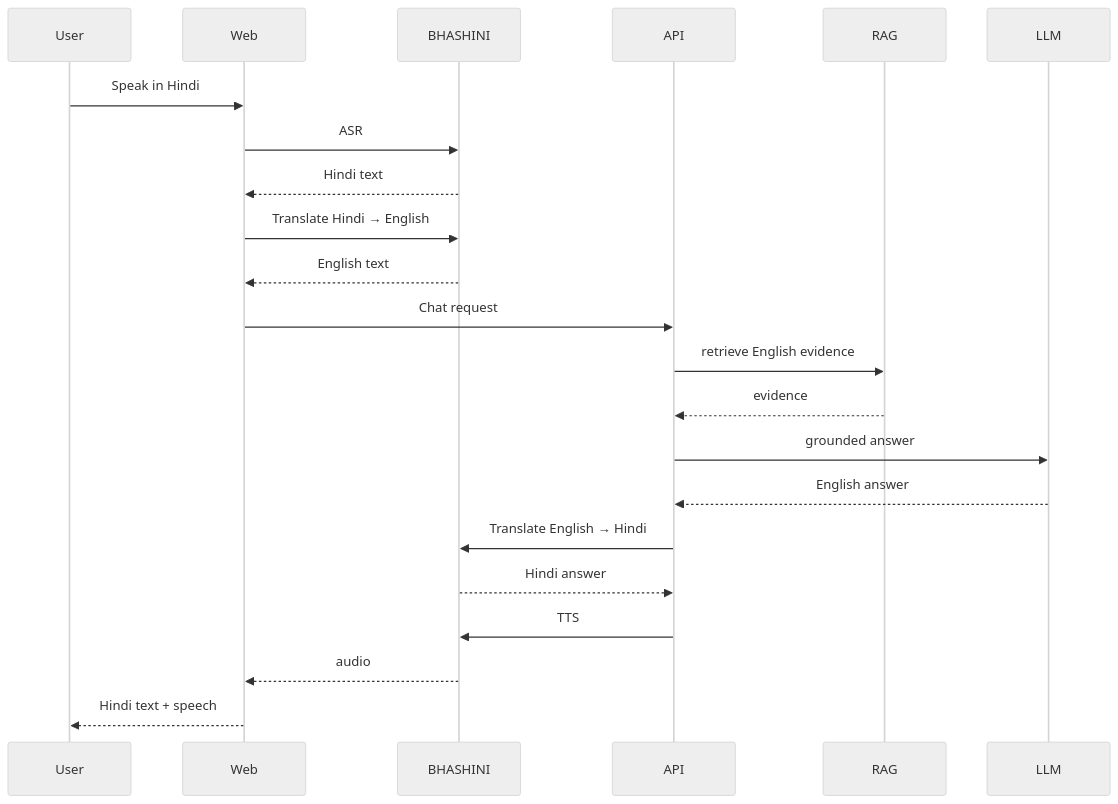
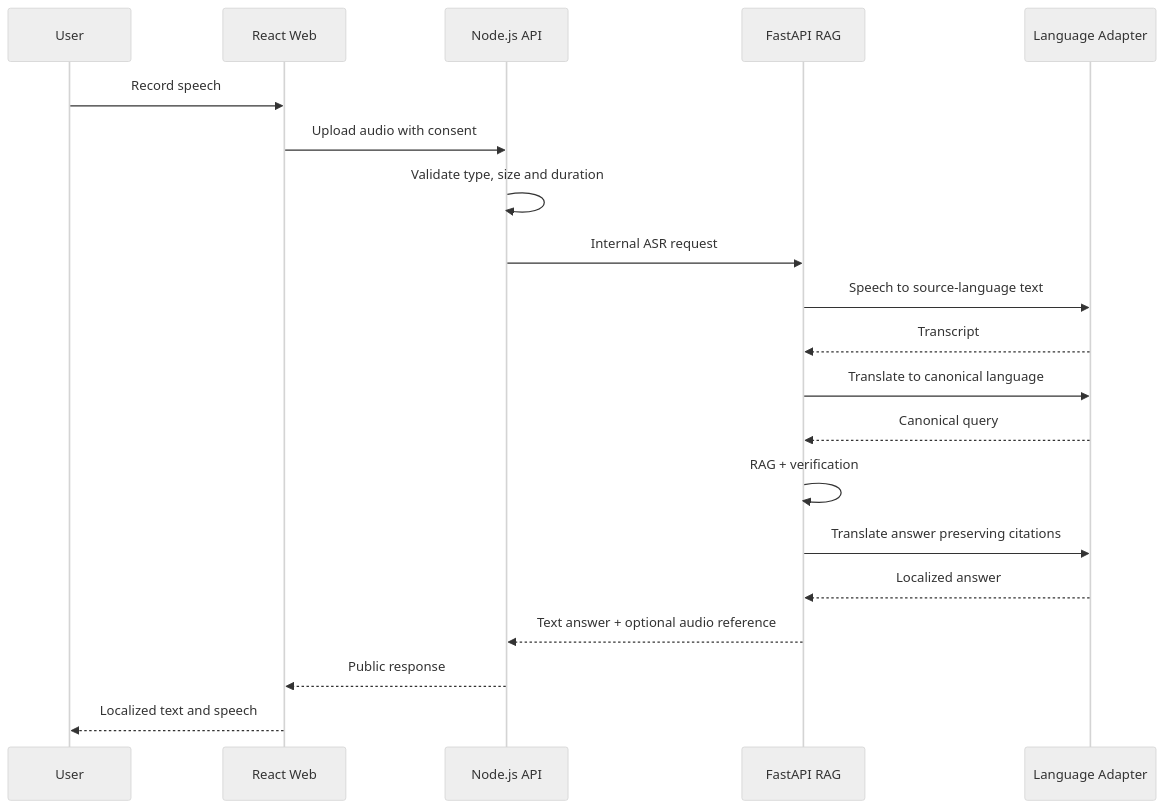
Before and after one commit to aaryashah1010/Sih_rag: the seventh of 9 diagrams in docs/27-SEQUENCE-DIAGRAMS.md, drawn with Mermaid (neutral theme). The commit also changed other lines of this file and 12 other files, not shown here.

````diff
--- a/docs/27-SEQUENCE-DIAGRAMS.md
+++ b/docs/27-SEQUENCE-DIAGRAMS.md
@@ -77,25 +129,23 @@
 ```mermaid
 sequenceDiagram
     participant U as User
-    participant W as Web
-    participant B as BHASHINI
-    participant A as API
-    participant R as RAG
-    participant L as LLM
+    participant W as React Web
+    participant N as Node.js API
+    participant F as FastAPI RAG
+    participant B as Language Adapter
 
-    U->>W: Speak in Hindi
-    W->>B: ASR
-    B-->>W: Hindi text
-    W->>B: Translate Hindi → English
-    B-->>W: English text
-    W->>A: Chat request
-    A->>R: retrieve English evidence
-    R-->>A: evidence
-    A->>L: grounded answer
-    L-->>A: English answer
-    A->>B: Translate English → Hindi
-    B-->>A: Hindi answer
-    A->>B: TTS
-    B-->>W: audio
-    W-->>U: Hindi text + speech
+    U->>W: Record speech
+    W->>N: Upload audio with consent
+    N->>N: Validate type, size and duration
+    N->>F: Internal ASR request
+    F->>B: Speech to source-language text
+    B-->>F: Transcript
+    F->>B: Translate to canonical language
+    B-->>F: Canonical query
+    F->>F: RAG + verification
+    F->>B: Translate answer preserving citations
+    B-->>F: Localized answer
+    F-->>N: Text answer + optional audio reference
+    N-->>W: Public response
+    W-->>U: Localized text and speech
 ```
````
